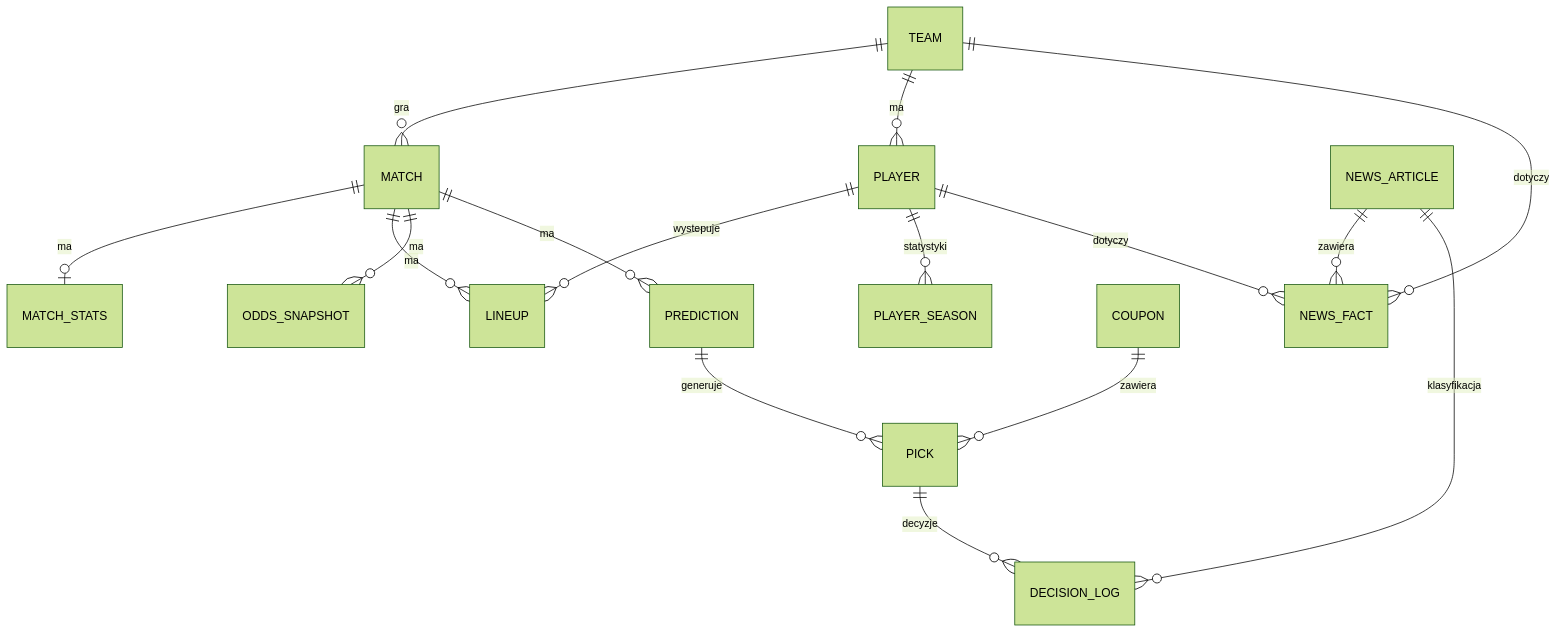
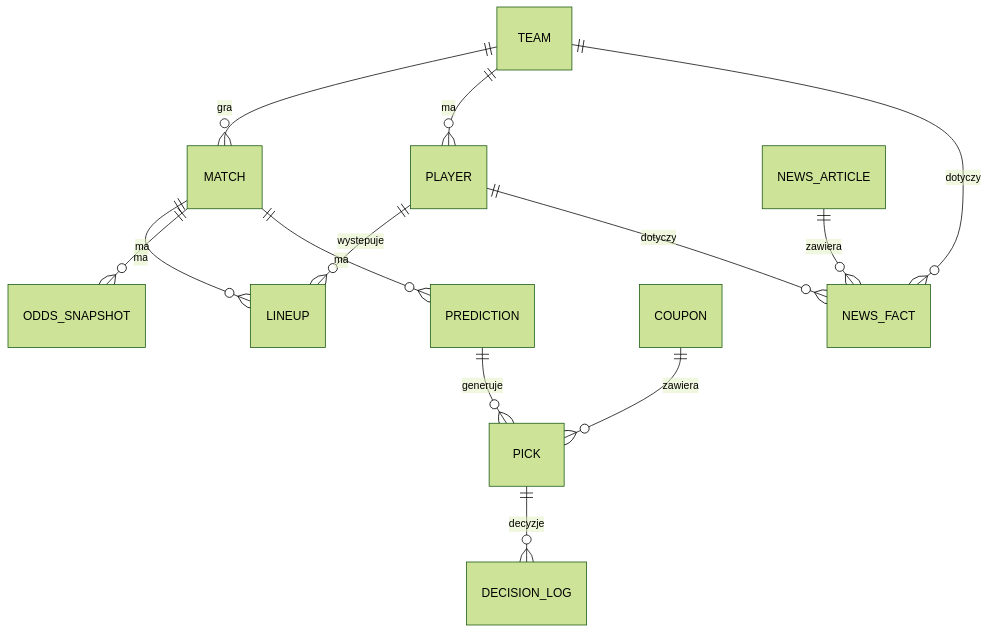
The diagram in docs/03-dane.md (Tomek586/typer-ai), drawn with Mermaid (forest theme) before and after one commit. The commit also changed other lines of this file and 13 other files, not shown here.

````diff
--- a/docs/03-dane.md
+++ b/docs/03-dane.md
@@ -97,18 +106,15 @@
 ```mermaid
 erDiagram
     TEAM ||--o{ MATCH : gra
     TEAM ||--o{ PLAYER : ma
-    MATCH ||--o| MATCH_STATS : ma
     MATCH ||--o{ LINEUP : ma
     PLAYER ||--o{ LINEUP : wystepuje
-    PLAYER ||--o{ PLAYER_SEASON : statystyki
     MATCH ||--o{ ODDS_SNAPSHOT : ma
     MATCH ||--o{ PREDICTION : ma
     PREDICTION ||--o{ PICK : generuje
     PICK ||--o{ DECISION_LOG : decyzje
     COUPON ||--o{ PICK : zawiera
     NEWS_ARTICLE ||--o{ NEWS_FACT : zawiera
-    NEWS_ARTICLE ||--o{ DECISION_LOG : klasyfikacja
     TEAM ||--o{ NEWS_FACT : dotyczy
     PLAYER ||--o{ NEWS_FACT : dotyczy
 ```
````
